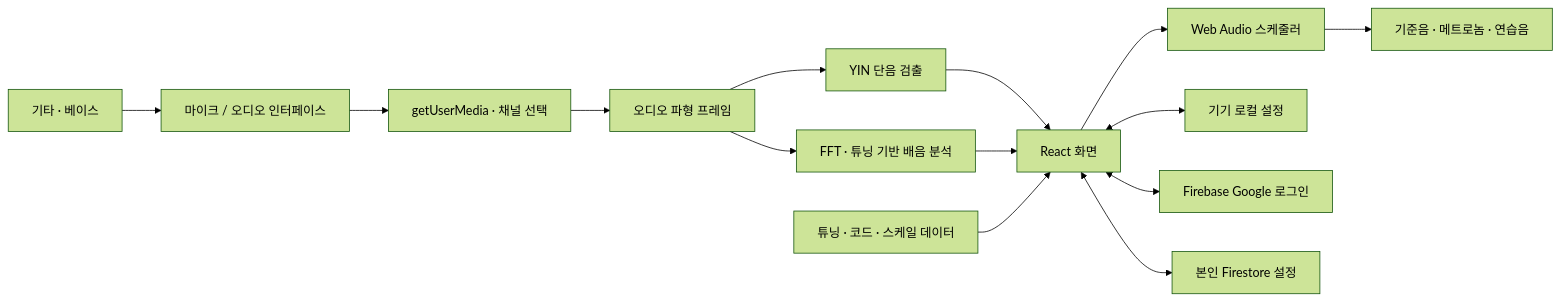
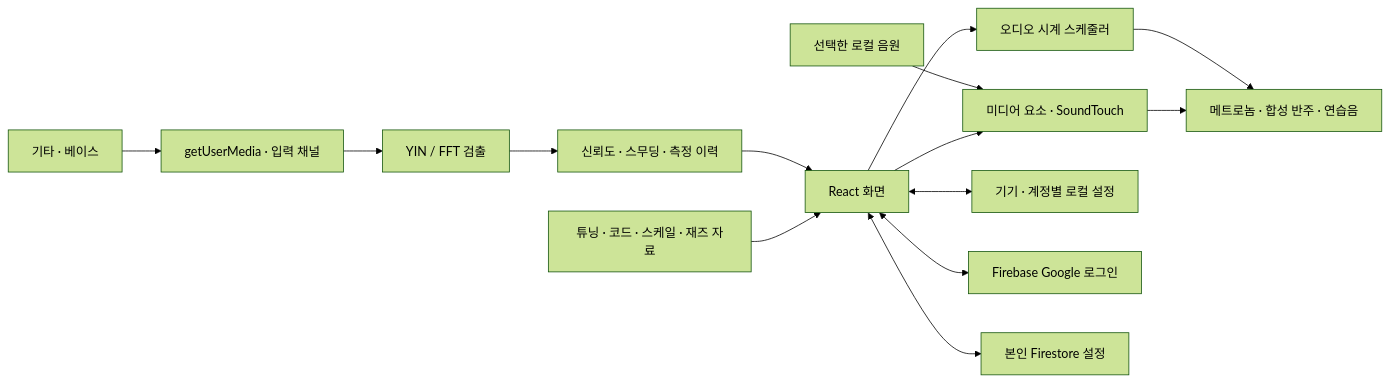
The diagram in docs/architecture.md (YooJuno/guitar-studio), drawn with Mermaid (forest theme) before and after one commit. The commit also changed other lines of this file and 27 other files, not shown here.

````diff
--- a/docs/architecture.md
+++ b/docs/architecture.md
@@ -7,16 +7,16 @@
 ```mermaid
 flowchart LR
-  Instrument[기타 · 베이스] --> Input[마이크 / 오디오 인터페이스]
-  Input --> Capture[getUserMedia · 채널 선택]
-  Capture --> Frame[오디오 파형 프레임]
-  Frame --> Mono[YIN 단음 검출]
-  Frame --> Poly[FFT · 튜닝 기반 배음 분석]
-  Mono --> UI[React 화면]
-  Poly --> UI
-  Theory[튜닝 · 코드 · 스케일 데이터] --> UI
-  UI --> Scheduler[Web Audio 스케줄러]
-  Scheduler --> Output[기준음 · 메트로놈 · 연습음]
-  UI <--> Local[기기 로컬 설정]
+  Instrument[기타 · 베이스] --> Capture[getUserMedia · 입력 채널]
+  Capture --> Detector[YIN / FFT 검출]
+  Detector --> Tracker[신뢰도 · 스무딩 · 측정 이력]
+  Tracker --> UI[React 화면]
+  Theory[튜닝 · 코드 · 스케일 · 재즈 자료] --> UI
+  UI --> Scheduler[오디오 시계 스케줄러]
+  Scheduler --> Output[메트로놈 · 합성 반주 · 연습음]
+  File[선택한 로컬 음원] --> Media[미디어 요소 · SoundTouch]
+  UI --> Media
+  Media --> Output
+  UI <--> Local[기기 · 계정별 로컬 설정]
   UI <--> Auth[Firebase Google 로그인]
   UI <--> Preferences[본인 Firestore 설정]
 ```
````
